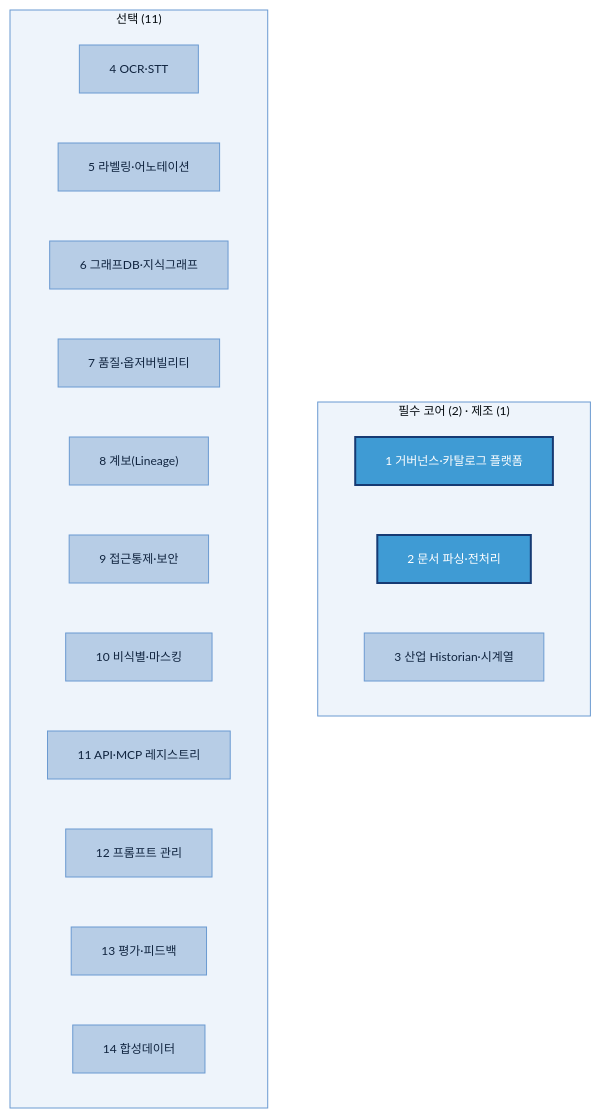
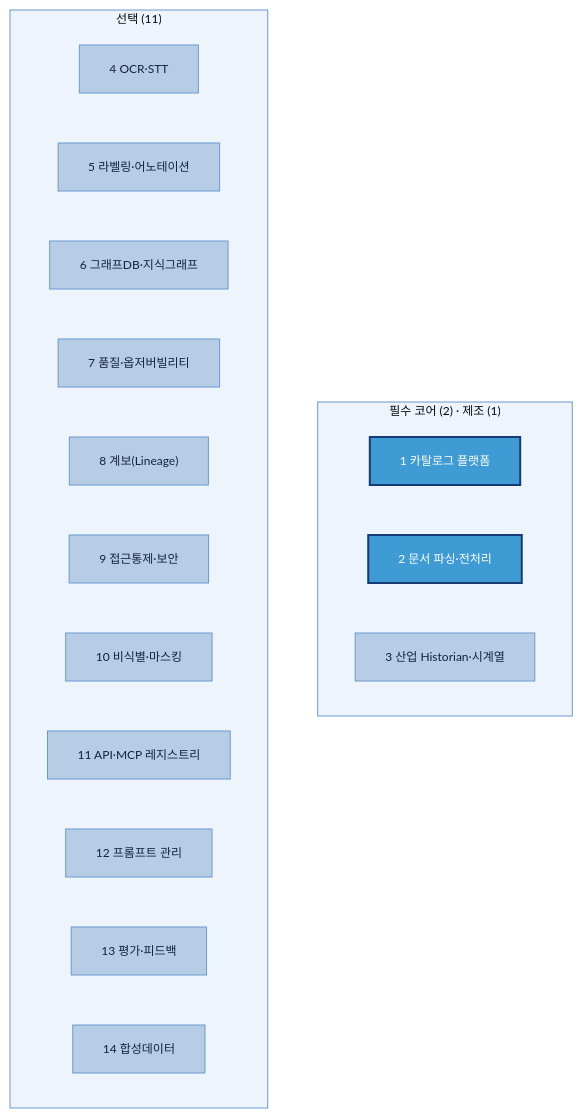
The second of 6 diagrams in Tech Player/04 Player 평가 실행안 (조사·보안·성능·비용·추천).md (jin-kearney/ai-ready-data-manual), drawn with Mermaid before and after one commit. The commit also changed other lines of this file and 4 other files, not shown here.

First line of the commit message:
docs(Tech Player): ② 카테고리명 "데이터 거버넌스·카탈로그 플랫폼" → "데이터 카탈로그 플랫폼" 통일

````diff
--- a/Tech Player/04 Player 평가 실행안 (조사·보안·성능·비용·추천).md
+++ b/Tech Player/04 Player 평가 실행안 (조사·보안·성능·비용·추천).md
@@ -88,24 +88,24 @@
 ```mermaid
 %%{init: {'theme':'base','themeVariables':{'primaryColor':'#DCE8F5','primaryBorderColor':'#2456A4','primaryTextColor':'#10243f','lineColor':'#2456A4','clusterBkg':'#EEF4FB','clusterBorder':'#6B9AD1','fontSize':'12px'}}}%%
 flowchart TB
     subgraph CORE["필수 코어 (2) · 제조 (1)"]
-        C1["1 거버넌스·카탈로그 플랫폼"]:::plat
+        C1["1 카탈로그 플랫폼"]:::plat
         C2["2 문서 파싱·전처리"]:::plat
         C3["3 산업 Historian·시계열"]:::sol
     end
     subgraph OPT["선택 (11)"]
         O1["4 OCR·STT"]:::sol
         O2["5 라벨링·어노테이션"]:::sol
         O3["6 그래프DB·지식그래프"]:::sol
         O4["7 품질·옵저버빌리티"]:::sol
         O5["8 계보(Lineage)"]:::sol
         O6["9 접근통제·보안"]:::sol
         O7["10 비식별·마스킹"]:::sol
         O8["11 API·MCP 레지스트리"]:::sol
         O9["12 프롬프트 관리"]:::sol
         O10["13 평가·피드백"]:::sol
         O11["14 합성데이터"]:::sol
     end
     classDef sol fill:#B7CDE6,stroke:#6B9AD1,color:#10243f;
     classDef plat fill:#3F9BD4,stroke:#163a73,color:#fff,stroke-width:2px;
 ```
````
